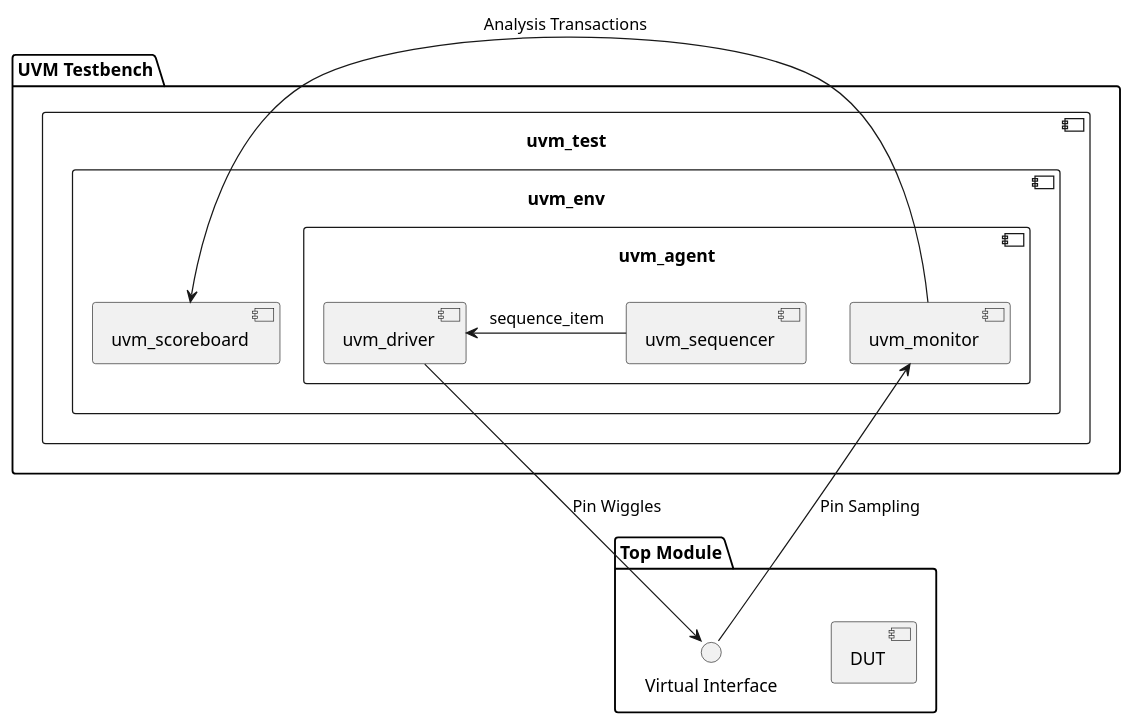
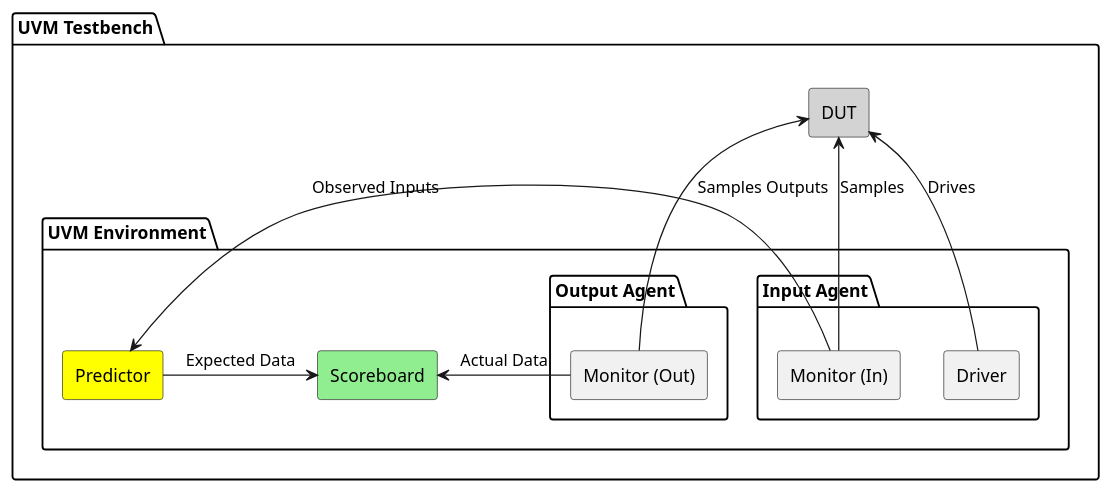
One commit to engvladimirarmstrong/engvladimirarmstrong.github.io changed the diagram in source/_static/puml/uvm_tb.puml. Above: the diagram before and after it, drawn with PlantUML. The commit also changed 41 other files, not shown here.

```diff
--- a/source/_static/puml/uvm_tb.puml
+++ b/source/_static/puml/uvm_tb.puml
@@ -1,25 +1,33 @@
 @startuml
-
-package "Top Module" {
-    [DUT]
-    interface "Virtual Interface" as VIF
-}
+skinparam componentStyle rectangle
 
 package "UVM Testbench" {
-    component [uvm_test] as Test {
-        component [uvm_env] as Env {
-            component [uvm_agent] as Agent {
-                [uvm_sequencer] as Sequencer
-                [uvm_driver] as Driver
-                [uvm_monitor] as Monitor
-            }
-            [uvm_scoreboard] as Scoreboard
+    component "DUT" as DUT #lightgrey
+
+    package "UVM Environment" {
+        
+        package "Input Agent" {
+            component "Monitor (In)" as MON_IN
+            component "Driver" as DRV
         }
+
+        package "Output Agent" {
+            component "Monitor (Out)" as MON_OUT
+        }
+
+        component "Predictor" as PRED #yellow
+        component "Scoreboard" as SCB #lightgreen
     }
 }
 
-Sequencer -> Driver : sequence_item
-Driver -down-> VIF : Pin Wiggles
-VIF -up-> Monitor : Pin Sampling
-Monitor -> Scoreboard : Analysis Transactions
+' Stimulus Flow
+DRV -down-> DUT : Drives
+MON_IN -up-> DUT : Samples
+
+' Data Comparison Flow
+MON_IN -right-> PRED : Observed Inputs
+PRED -right-> SCB : Expected Data
+MON_OUT -left-> SCB : Actual Data
+MON_OUT -up-> DUT : Samples Outputs
+
 @enduml
```
